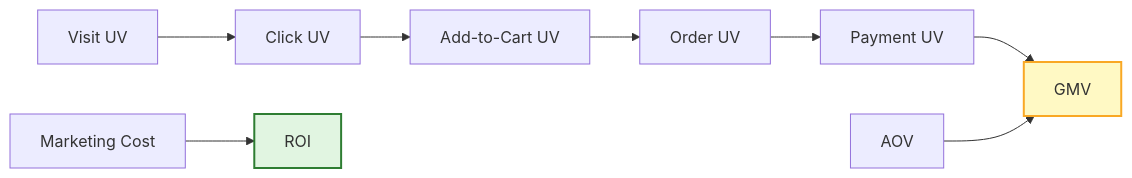
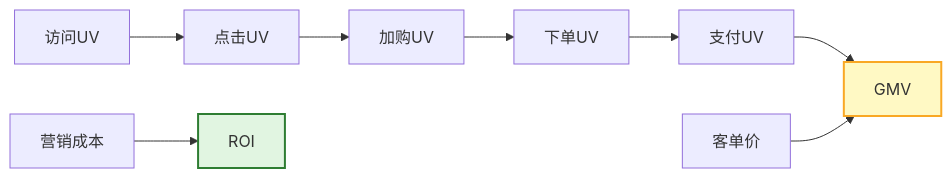
One commit to Kirky-X/cangjie changed the third of 9 diagrams in templates/Product/Operations/Template-Dashboard.md. Above: the diagram before and after it, drawn with Mermaid. The commit also changed other lines of this file and 33 other files, not shown here.

````diff
--- a/templates/Product/Operations/Template-Dashboard.md
+++ b/templates/Product/Operations/Template-Dashboard.md
@@ -143,16 +143,16 @@
 ```mermaid
 
 
 flowchart LR
-    A["Visit UV"] --> B["Click UV"]
-    B --> C["Add-to-Cart UV"]
-    C --> D["Order UV"]
-    D --> E["Payment UV"]
+    A["访问UV"] --> B["点击UV"]
+    B --> C["加购UV"]
+    C --> D["下单UV"]
+    D --> E["支付UV"]
     E --> F["GMV"]
 
-    G["AOV"] --> F
-    H["Marketing Cost"] --> I["ROI"]
+    G["客单价"] --> F
+    H["营销成本"] --> I["ROI"]
 
     style F fill:#fff9c4,stroke:#f9a825,stroke-width:2px
     style I fill:#e1f5e1,stroke:#2e7d32,stroke-width:2px
 ```
````
